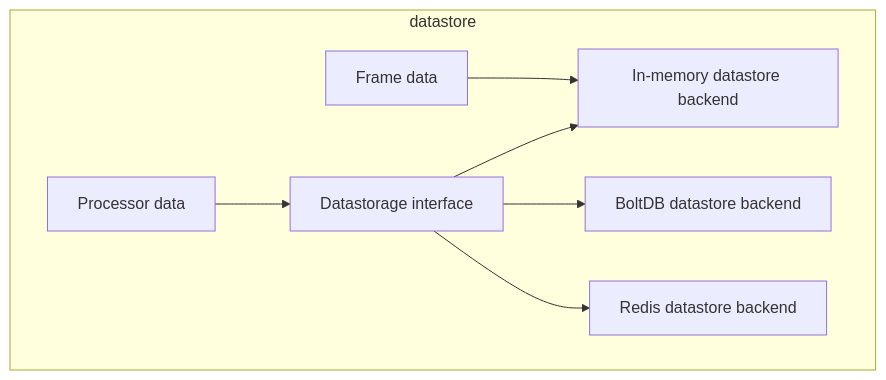
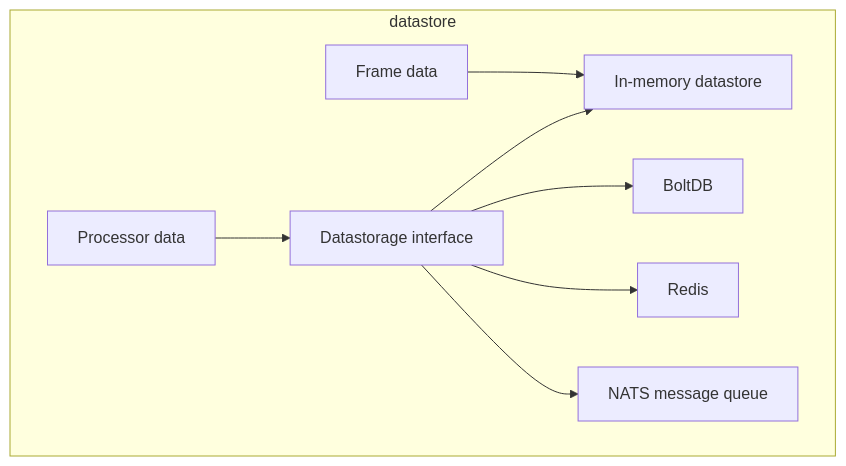
The diagram in content/docs/concepts/datastore.md (wasmvision/wasmvision-site), drawn with Mermaid before and after one commit. The commit also changed other lines of this file and 1 other file, not shown here.

Commit message:
Add NATS message queue datastore

````diff
--- a/content/docs/concepts/datastore.md
+++ b/content/docs/concepts/datastore.md
@@ -15,16 +15,18 @@
 ```mermaid
 flowchart TD
     subgraph datastore
         Frames[Frame data]
         Processors[Processor data]
         Datastorage[Datastorage interface]
-        Memstore[In-memory datastore backend]
-        BoltDB[BoltDB datastore backend]
-        Redis[Redis datastore backend]
+        Memstore[In-memory datastore]
+        BoltDB
+        Redis
+        NATS[NATS message queue]
         Frames-->Memstore
         Processors-->Datastorage
         Datastorage-->Memstore
         Datastorage-->BoltDB
         Datastorage-->Redis
+        Datastorage-->NATS
     end
 ```
````
